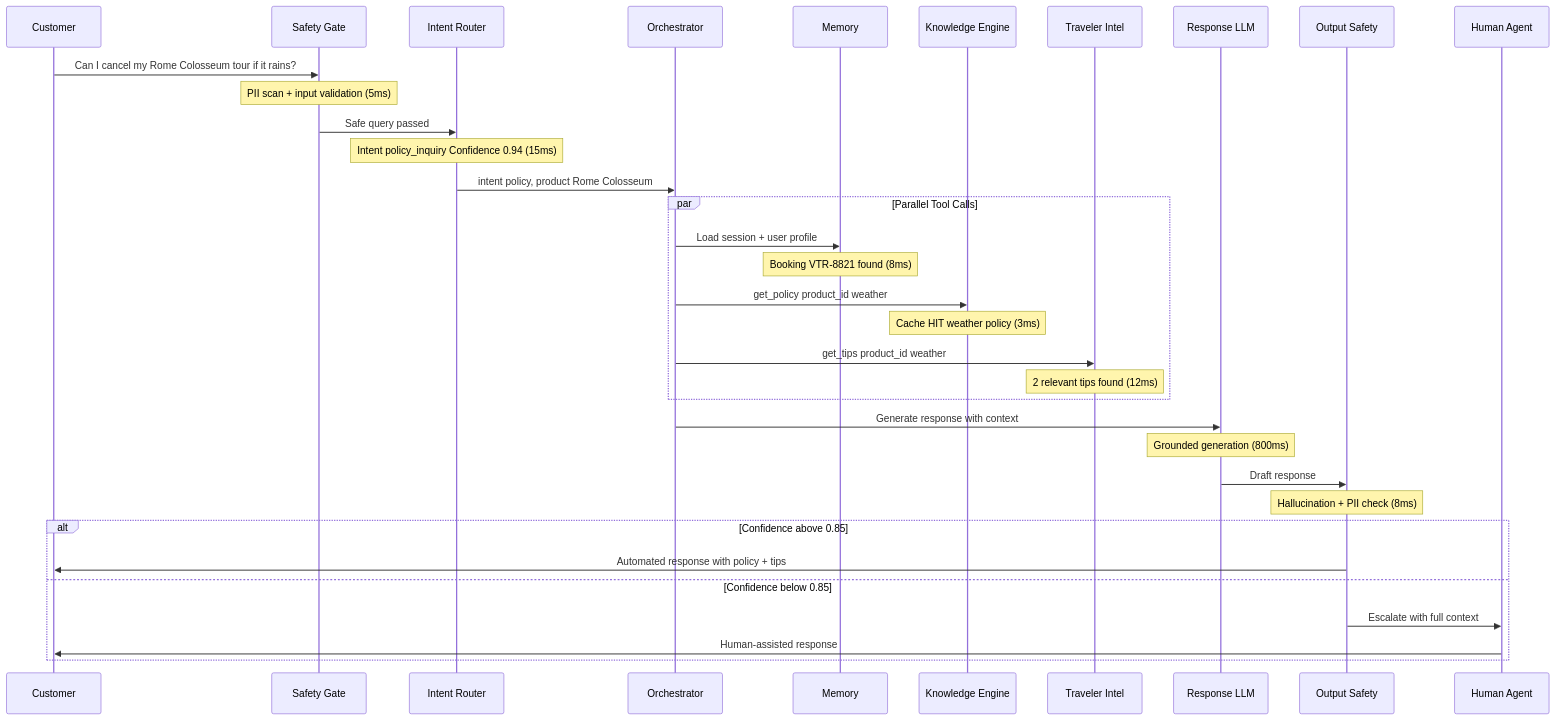
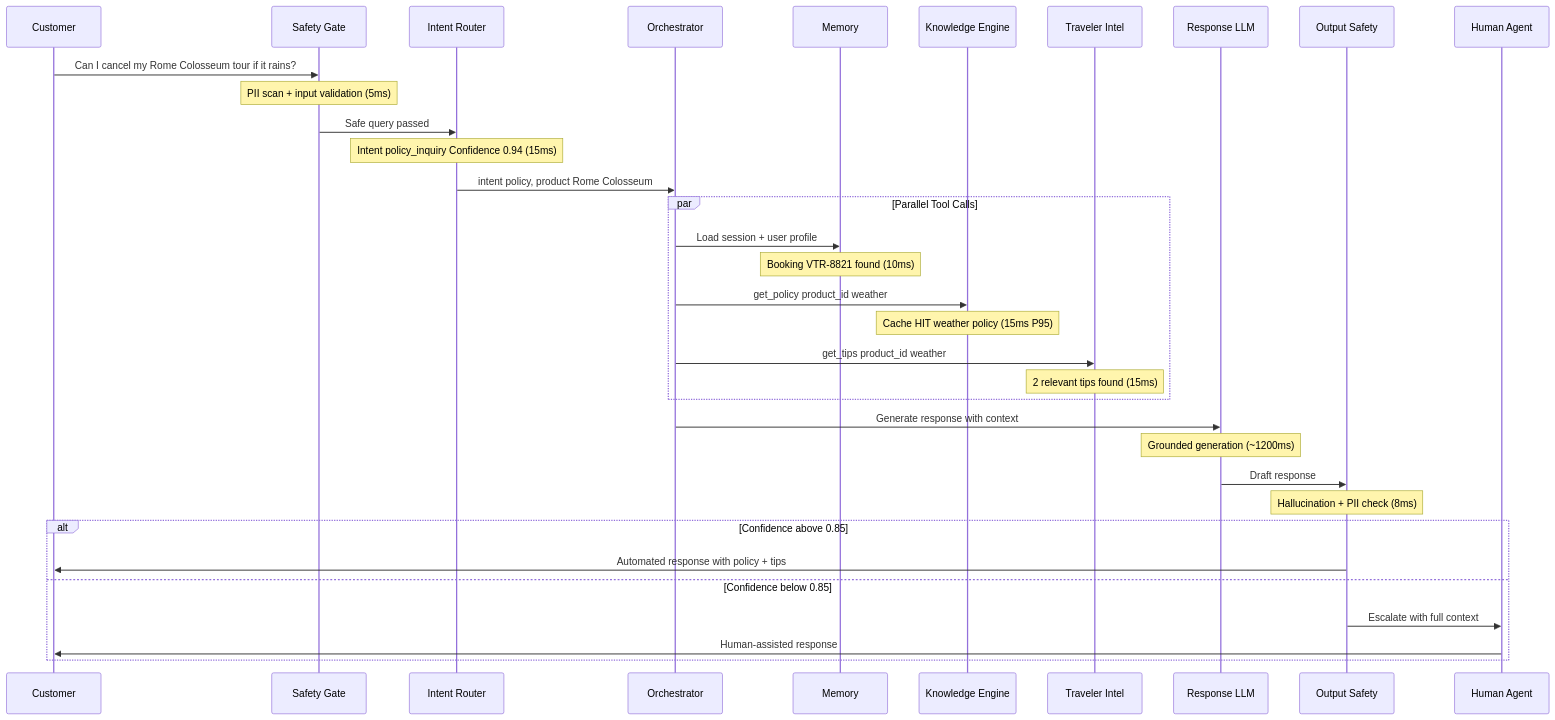
The third of 3 diagrams in _portfolio/portfolio-2.md (snehalnair/snehalnair.github.io), drawn with Mermaid before and after one commit. The commit also changed other lines of this file and 7 other files, not shown here.

````diff
--- a/_portfolio/portfolio-2.md
+++ b/_portfolio/portfolio-2.md
@@ -180,41 +180,41 @@
 ```mermaid
 sequenceDiagram
     participant C as Customer
     participant SG as Safety Gate
     participant IR as Intent Router
     participant AO as Orchestrator
     participant M as Memory
     participant KE as Knowledge Engine
     participant TI as Traveler Intel
     participant LLM as Response LLM
     participant SG2 as Output Safety
     participant H as Human Agent
 
     C->>SG: Can I cancel my Rome Colosseum tour if it rains?
     Note over SG: PII scan + input validation (5ms)
     SG->>IR: Safe query passed
     Note over IR: Intent policy_inquiry Confidence 0.94 (15ms)
     IR->>AO: intent policy, product Rome Colosseum
 
     par Parallel Tool Calls
         AO->>M: Load session + user profile
-        Note over M: Booking VTR-8821 found (8ms)
+        Note over M: Booking VTR-8821 found (10ms)
         AO->>KE: get_policy product_id weather
-        Note over KE: Cache HIT weather policy (3ms)
+        Note over KE: Cache HIT weather policy (15ms P95)
         AO->>TI: get_tips product_id weather
-        Note over TI: 2 relevant tips found (12ms)
+        Note over TI: 2 relevant tips found (15ms)
     end
 
     AO->>LLM: Generate response with context
-    Note over LLM: Grounded generation (800ms)
+    Note over LLM: Grounded generation (~1200ms)
 
     LLM->>SG2: Draft response
     Note over SG2: Hallucination + PII check (8ms)
 
     alt Confidence above 0.85
         SG2->>C: Automated response with policy + tips
     else Confidence below 0.85
         SG2->>H: Escalate with full context
         H->>C: Human-assisted response
     end
 ```
````
